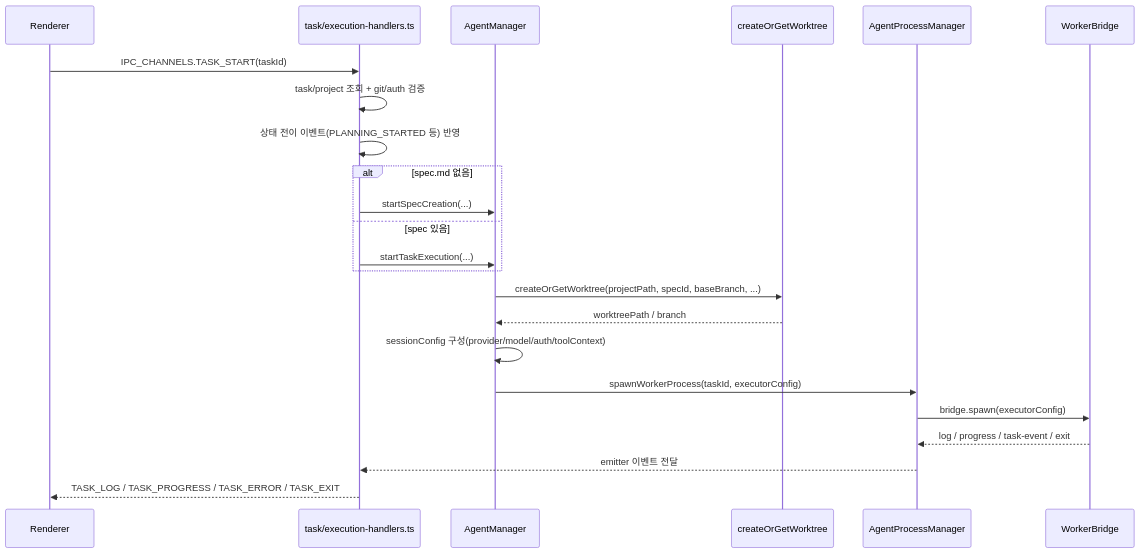
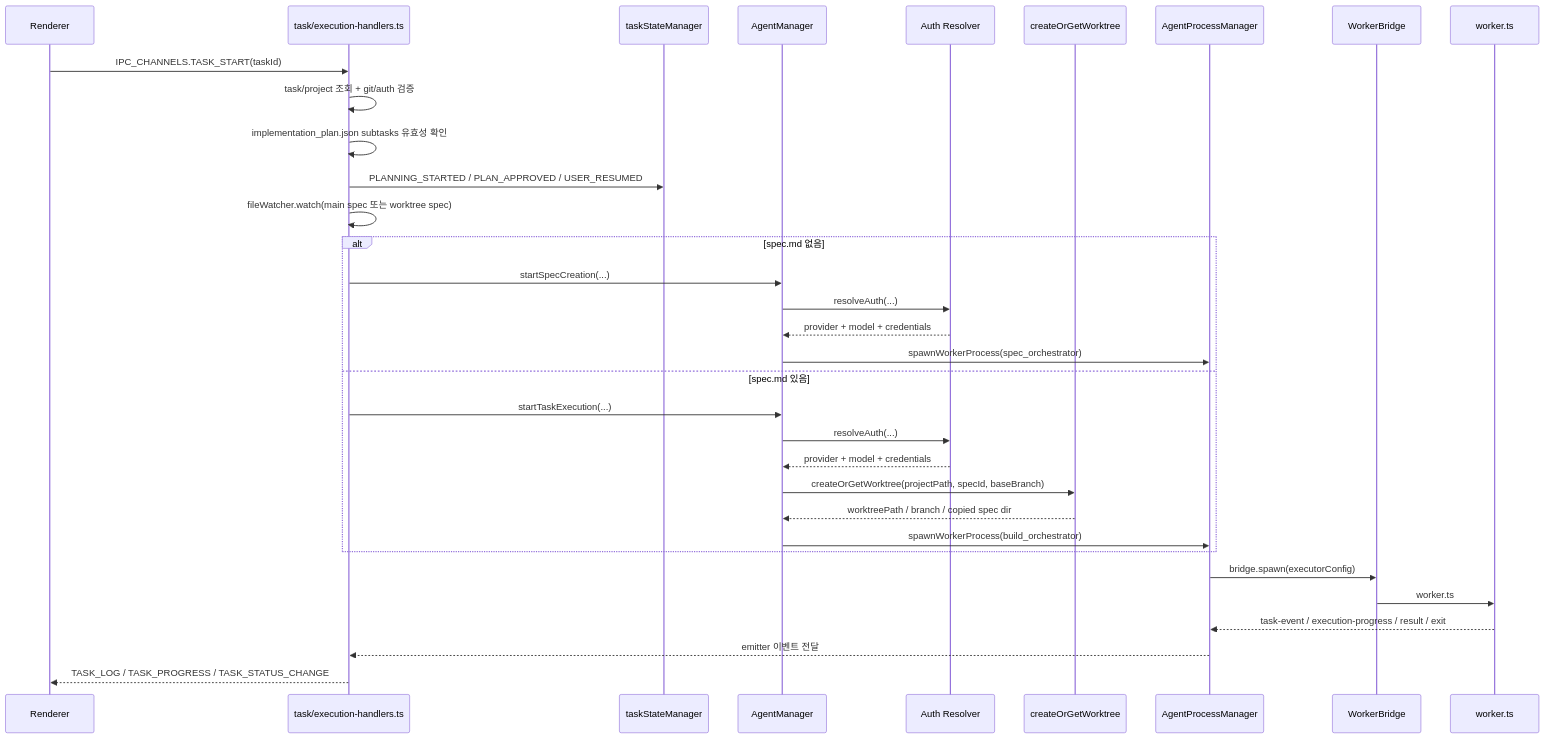
Before and after one commit to kimchanhyung98/agentic-workflows: the second of 10 diagrams in aperant/00-diagram.md, drawn with Mermaid. The commit also changed other lines of this file and 3 other files, not shown here.

First line of the commit message:
docs(aperant): expand architecture, flows, and analysis

````diff
--- a/aperant/00-diagram.md
+++ b/aperant/00-diagram.md
@@ -48,27 +83,38 @@
 ```mermaid
 sequenceDiagram
     participant UI as Renderer
     participant IPC as task/execution-handlers.ts
+    participant State as taskStateManager
     participant AM as AgentManager
+    participant Auth as Auth Resolver
     participant WT as createOrGetWorktree
     participant PM as AgentProcessManager
     participant WB as WorkerBridge
+    participant Worker as worker.ts
 
     UI->>IPC: IPC_CHANNELS.TASK_START(taskId)
     IPC->>IPC: task/project 조회 + git/auth 검증
-    IPC->>IPC: 상태 전이 이벤트(PLANNING_STARTED 등) 반영
+    IPC->>IPC: implementation_plan.json subtasks 유효성 확인
+    IPC->>State: PLANNING_STARTED / PLAN_APPROVED / USER_RESUMED
+    IPC->>IPC: fileWatcher.watch(main spec 또는 worktree spec)
+
     alt spec.md 없음
         IPC->>AM: startSpecCreation(...)
-    else spec 있음
+        AM->>Auth: resolveAuth(...)
+        Auth-->>AM: provider + model + credentials
+        AM->>PM: spawnWorkerProcess(spec_orchestrator)
+    else spec.md 있음
         IPC->>AM: startTaskExecution(...)
+        AM->>Auth: resolveAuth(...)
+        Auth-->>AM: provider + model + credentials
+        AM->>WT: createOrGetWorktree(projectPath, specId, baseBranch)
+        WT-->>AM: worktreePath / branch / copied spec dir
+        AM->>PM: spawnWorkerProcess(build_orchestrator)
     end
 
-    AM->>WT: createOrGetWorktree(projectPath, specId, baseBranch, ...)
-    WT-->>AM: worktreePath / branch
-    AM->>AM: sessionConfig 구성(provider/model/auth/toolContext)
-    AM->>PM: spawnWorkerProcess(taskId, executorConfig)
     PM->>WB: bridge.spawn(executorConfig)
-    WB-->>PM: log / progress / task-event / exit
+    WB->>Worker: worker.ts
+    Worker-->>PM: task-event / execution-progress / result / exit
     PM-->>IPC: emitter 이벤트 전달
-    IPC-->>UI: TASK_LOG / TASK_PROGRESS / TASK_ERROR / TASK_EXIT
+    IPC-->>UI: TASK_LOG / TASK_PROGRESS / TASK_STATUS_CHANGE
 ```
````
